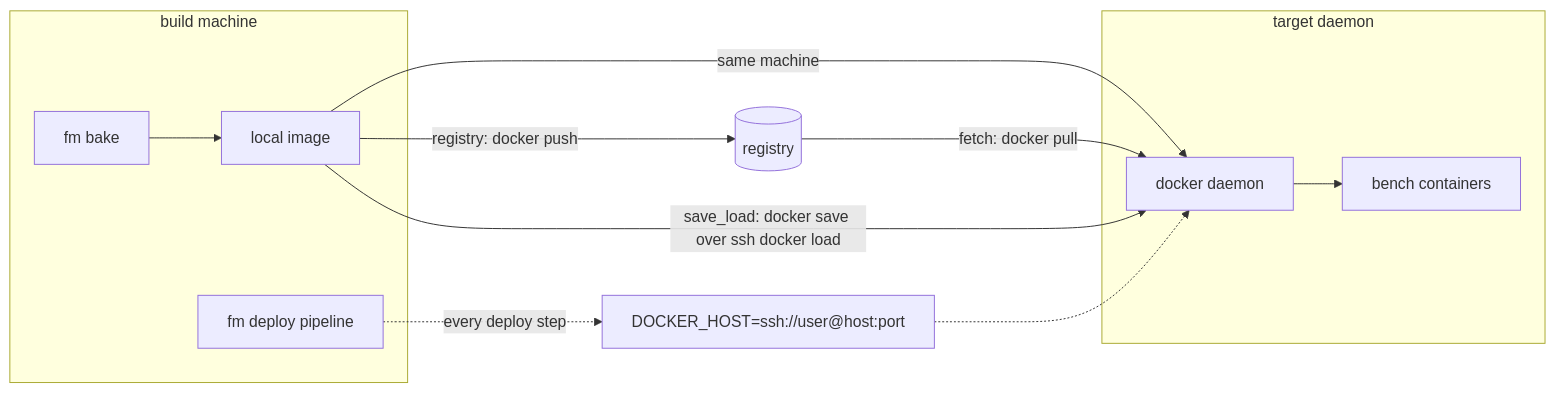
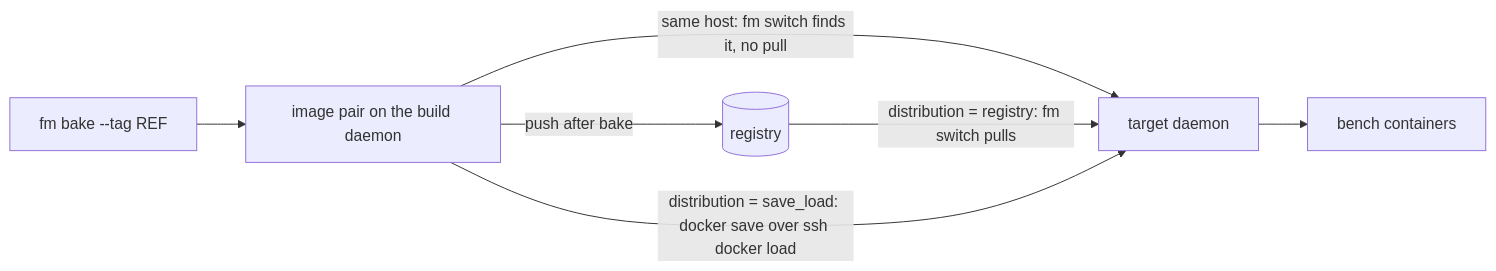
The diagram in docs/deploy/transports.md (rtCamp/Frappe-Manager), drawn with Mermaid before and after one commit. The commit also changed other lines of this file and 35 other files, not shown here.

````diff
--- a/docs/deploy/transports.md
+++ b/docs/deploy/transports.md
@@ -5,15 +16,8 @@
 ```mermaid
 flowchart LR
-    subgraph build [build machine]
-        B[fm bake] --> LI[local image]
-        P[fm deploy pipeline]
-    end
-    subgraph target [target daemon]
-        RD[docker daemon] --> RUN[bench containers]
-    end
-    LI -->|same machine| RD
-    LI -->|registry: docker push| REG[(registry)] -->|fetch: docker pull| RD
-    LI -->|save_load: docker save over ssh docker load| RD
-    P -.->|every deploy step| DH["DOCKER_HOST=ssh://user@host:port"]
-    DH -.-> RD
+    B["fm bake --tag REF"] --> LI[image pair on the build daemon]
+    LI -->|"same host: fm switch finds it, no pull"| RD[target daemon]
+    LI -->|"push after bake"| REG[(registry)] -->|"distribution = registry: fm switch pulls"| RD
+    LI -->|"distribution = save_load: docker save over ssh docker load"| RD
+    RD --> RUN[bench containers]
 ```
````
